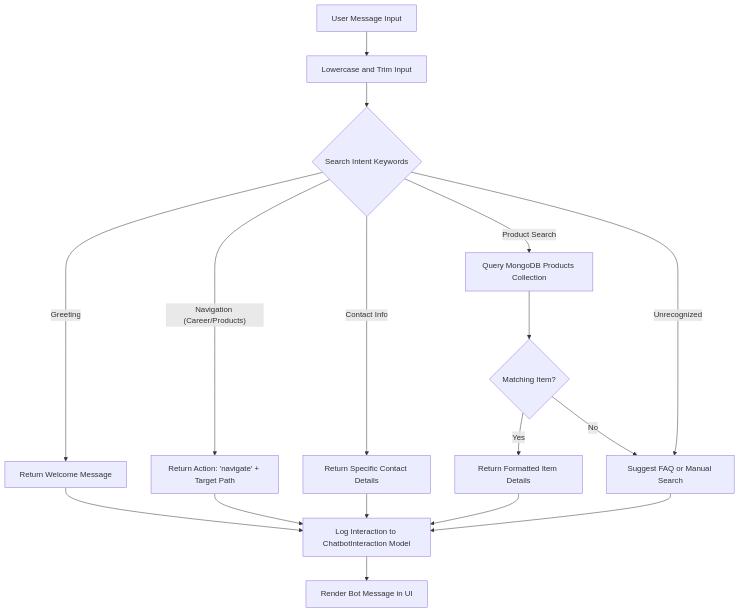
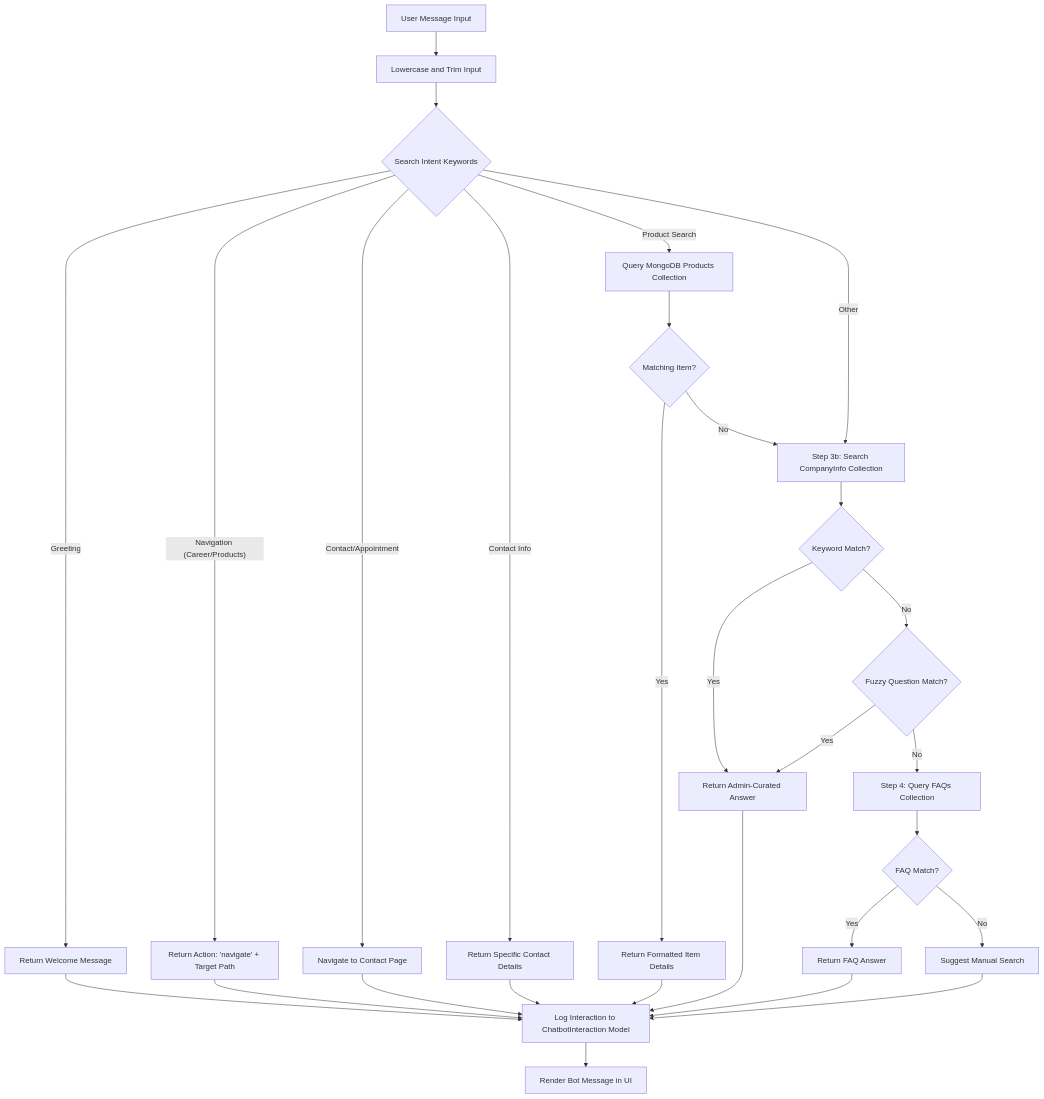
Before and after one commit to SAKTHIIIVEL/final_year_prj: the sixth of 7 diagrams in final_doc.md, drawn with Mermaid. The commit also changed other lines of this file and 5 other files, not shown here.

````diff
--- a/final_doc.md
+++ b/final_doc.md
@@ -277,24 +283,37 @@
 ```mermaid
 flowchart TD
     MsgSource[User Message Input] --> Normalize[Lowercase and Trim Input]
     Normalize --> IntentMatch{Search Intent Keywords}
     
     IntentMatch -- "Greeting" --> GreetResponse[Return Welcome Message]
     IntentMatch -- "Navigation (Career/Products)" --> NavResponse[Return Action: 'navigate' + Target Path]
+    IntentMatch -- "Contact/Appointment" --> NavContact[Navigate to Contact Page]
     IntentMatch -- "Contact Info" --> ContactResponse[Return Specific Contact Details]
     IntentMatch -- "Product Search" --> DBQuery[Query MongoDB Products Collection]
     
+    IntentMatch -- "Other" --> CompanyInfoCheck[Step 3b: Search CompanyInfo Collection]
+    CompanyInfoCheck --> KeywordMatch{Keyword Match?}
+    KeywordMatch -- "Yes" --> CompanyInfoResponse[Return Admin-Curated Answer]
+    KeywordMatch -- "No" --> FuzzyMatch{Fuzzy Question Match?}
+    FuzzyMatch -- "Yes" --> CompanyInfoResponse
+    FuzzyMatch -- "No" --> FAQSearch[Step 4: Query FAQs Collection]
+    
+    FAQSearch --> FAQFound{FAQ Match?}
+    FAQFound -- "Yes" --> FAQResponse[Return FAQ Answer]
+    FAQFound -- "No" --> Fallback[Suggest Manual Search]
+    
     DBQuery --> SearchFound{Matching Item?}
     SearchFound -- "Yes" --> ItemResponse[Return Formatted Item Details]
-    SearchFound -- "No" --> Fallback[Suggest FAQ or Manual Search]
-    
-    IntentMatch -- "Unrecognized" --> Fallback
+    SearchFound -- "No" --> CompanyInfoCheck
     
     GreetResponse --> Log[Log Interaction to ChatbotInteraction Model]
     NavResponse --> Log
+    NavContact --> Log
     ContactResponse --> Log
+    CompanyInfoResponse --> Log
+    FAQResponse --> Log
     ItemResponse --> Log
     Fallback --> Log
     
     Log --> FinalOutput[Render Bot Message in UI]
 ```
````
